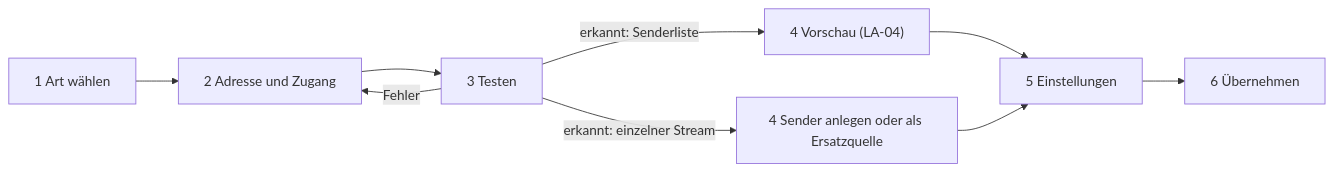
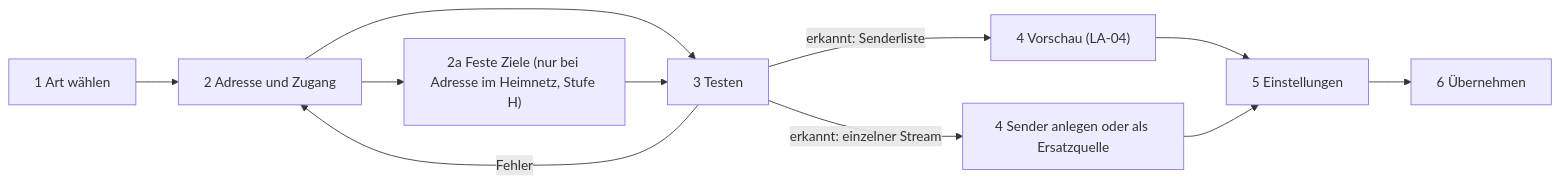
The second of 2 diagrams in docs/planning/28-live-tv/15-administration.md (SlouchCat/slouchcat), drawn with Mermaid before and after one commit. The commit also changed other lines of this file and 1 other file, not shown here.

````diff
--- a/docs/planning/28-live-tv/15-administration.md
+++ b/docs/planning/28-live-tv/15-administration.md
@@ -260,11 +290,13 @@
 ```mermaid
 flowchart LR
   S1["1 Art wählen"] --> S2["2 Adresse und Zugang"]
+  S2 --> S2b["2a Feste Ziele (nur bei Adresse im Heimnetz, Stufe H)"]
   S2 --> S3["3 Testen"]
+  S2b --> S3
   S3 -->|erkannt: Senderliste| S4["4 Vorschau (LA-04)"]
   S3 -->|erkannt: einzelner Stream| S4b["4 Sender anlegen oder als Ersatzquelle"]
   S3 -->|Fehler| S2
   S4 --> S5["5 Einstellungen"]
   S4b --> S5
   S5 --> S6["6 Übernehmen"]
 ```
````
